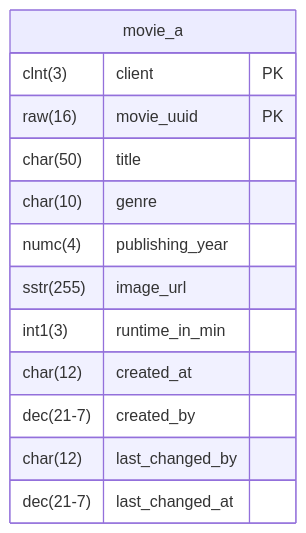
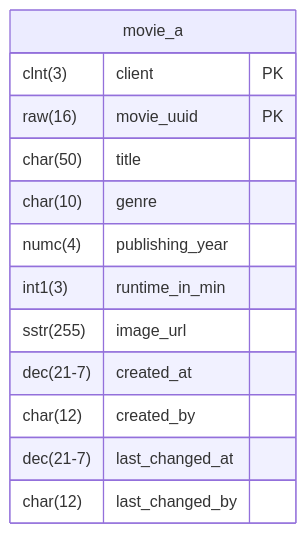
One commit to appenmaier/s4hana changed the diagram in docs/exercises/rap/rap-01.md. Above: the diagram before and after it, drawn with Mermaid. The commit also changed 1 other file, not shown here.

````diff
--- a/docs/exercises/rap/rap-01.md
+++ b/docs/exercises/rap/rap-01.md
@@ -14,16 +14,16 @@
 ```mermaid
 erDiagram
     movie_a {
         clnt(3) client PK
         raw(16) movie_uuid PK
         char(50) title
         char(10) genre
         numc(4) publishing_year
-        sstr(255) image_url
         int1(3) runtime_in_min
-        char(12) created_at
-        dec(21-7) created_by
-        char(12) last_changed_by
+        sstr(255) image_url        
+        dec(21-7) created_at
+        char(12) created_by
         dec(21-7) last_changed_at
+        char(12) last_changed_by        
     }
 ```
````
